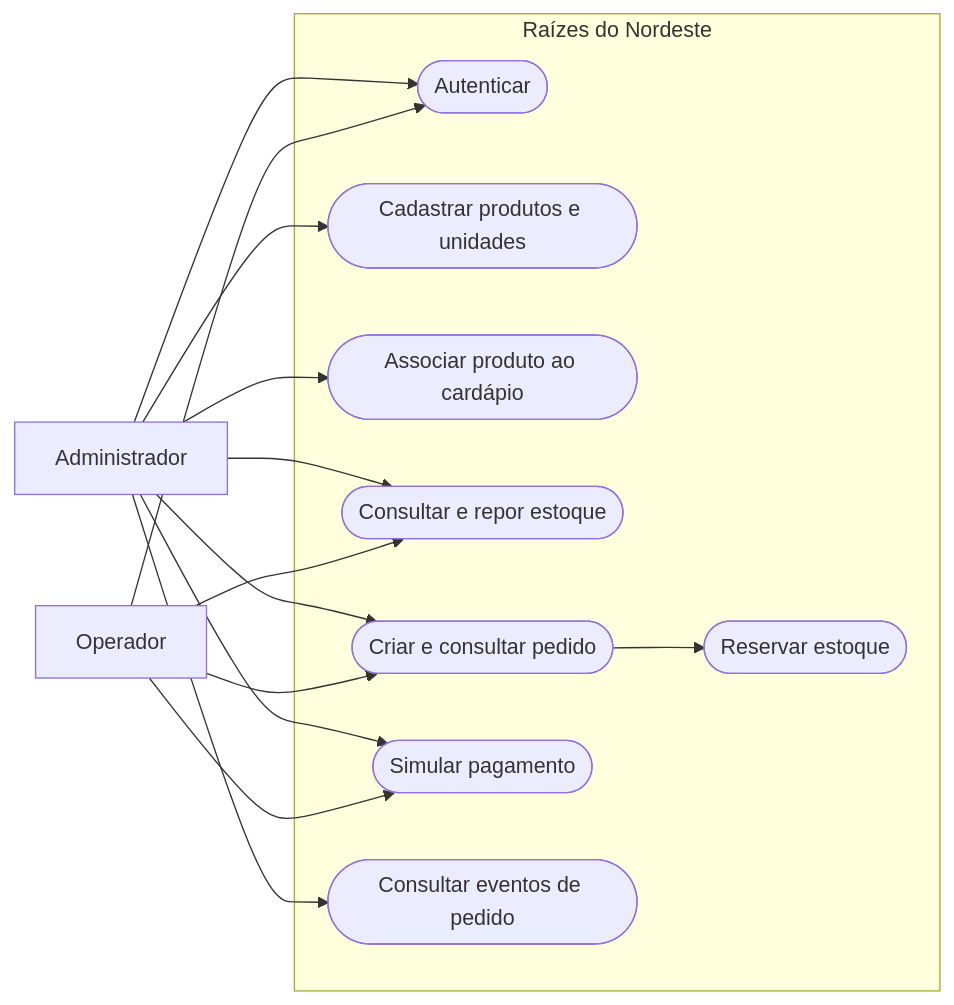
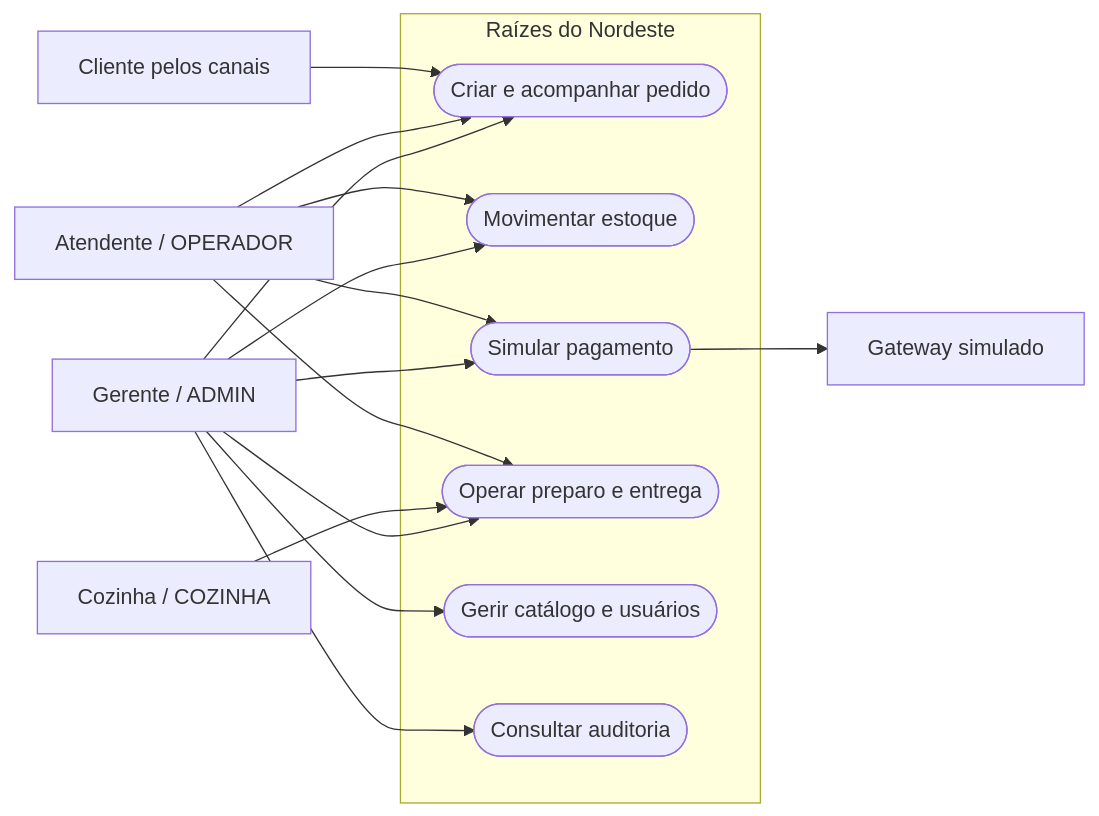
Before and after one commit to ramorim1998/raizes-do-nordeste-api: the first of 4 diagrams in docs/especificacao.md, drawn with Mermaid. The commit also changed other lines of this file and 9 other files, not shown here.

````diff
--- a/docs/especificacao.md
+++ b/docs/especificacao.md
@@ -28,18 +45,21 @@
 ```mermaid
 flowchart LR
-    A[Administrador]
-    O[Operador]
+    C[Cliente pelos canais]
+    A[Atendente / OPERADOR]
+    K[Cozinha / COZINHA]
+    G[Gerente / ADMIN]
+    X[Gateway simulado]
     subgraph API[Raízes do Nordeste]
-        L([Autenticar])
-        C([Cadastrar produtos e unidades])
-        M([Associar produto ao cardápio])
-        S([Consultar e repor estoque])
-        P([Criar e consultar pedido])
-        R([Reservar estoque])
-        G([Simular pagamento])
-        E([Consultar eventos de pedido])
+        P([Criar e acompanhar pedido])
+        E([Movimentar estoque])
+        M([Simular pagamento])
+        S([Operar preparo e entrega])
+        U([Gerir catálogo e usuários])
+        T([Consultar auditoria])
     end
-    A --> L & C & M & S & P & G & E
-    O --> L & S & P & G
-    P --> R
+    C --> P
+    A --> P & E & M & S
+    K --> S
+    G --> U & T & P & E & M & S
+    M --> X
 ```
````
